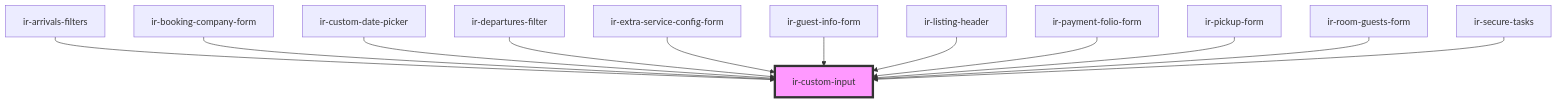
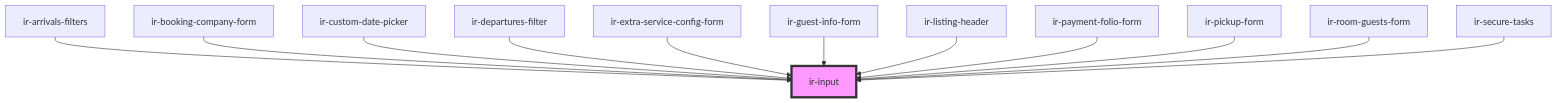
One commit to David1Chowaifaty/modified-ir-webcmp changed the diagram in src/components/ui/ir-input/readme.md. Above: the diagram before and after it, drawn with Mermaid. The commit also changed other lines of this file and 38 other files, not shown here.

````diff
--- a/src/components/ui/ir-input/readme.md
+++ b/src/components/ui/ir-input/readme.md
@@ -73,15 +75,15 @@
 ```mermaid
 graph TD;
-  ir-arrivals-filters --> ir-custom-input
-  ir-booking-company-form --> ir-custom-input
-  ir-custom-date-picker --> ir-custom-input
-  ir-departures-filter --> ir-custom-input
-  ir-extra-service-config-form --> ir-custom-input
-  ir-guest-info-form --> ir-custom-input
-  ir-listing-header --> ir-custom-input
-  ir-payment-folio-form --> ir-custom-input
-  ir-pickup-form --> ir-custom-input
-  ir-room-guests-form --> ir-custom-input
-  ir-secure-tasks --> ir-custom-input
-  style ir-custom-input fill:#f9f,stroke:#333,stroke-width:4px
+  ir-arrivals-filters --> ir-input
+  ir-booking-company-form --> ir-input
+  ir-custom-date-picker --> ir-input
+  ir-departures-filter --> ir-input
+  ir-extra-service-config-form --> ir-input
+  ir-guest-info-form --> ir-input
+  ir-listing-header --> ir-input
+  ir-payment-folio-form --> ir-input
+  ir-pickup-form --> ir-input
+  ir-room-guests-form --> ir-input
+  ir-secure-tasks --> ir-input
+  style ir-input fill:#f9f,stroke:#333,stroke-width:4px
 ```
````
